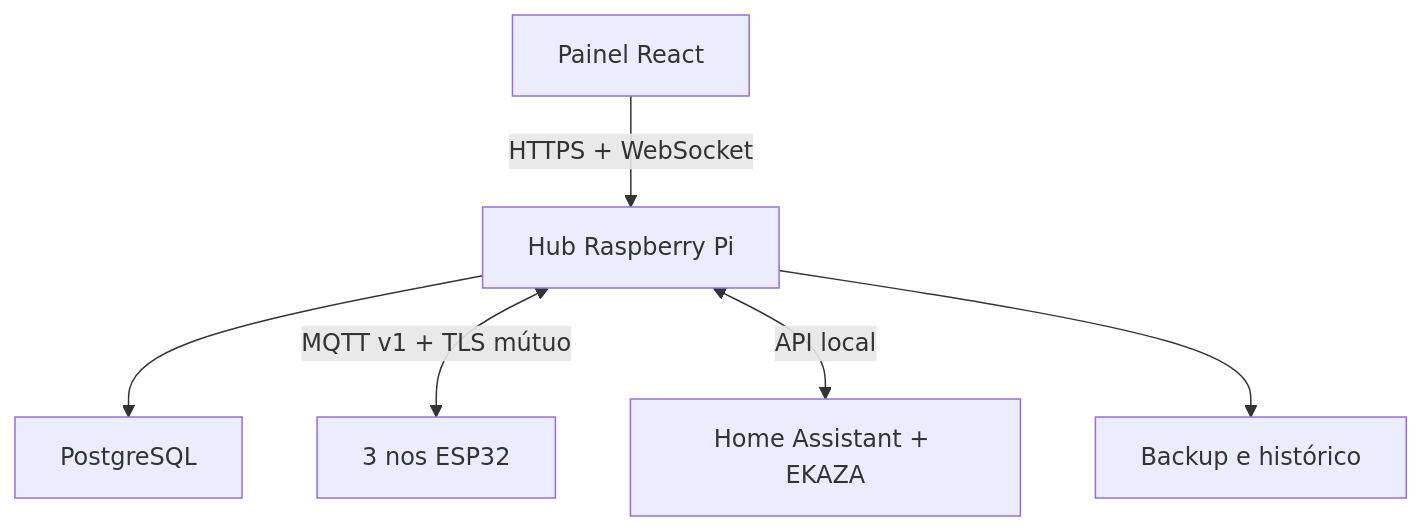
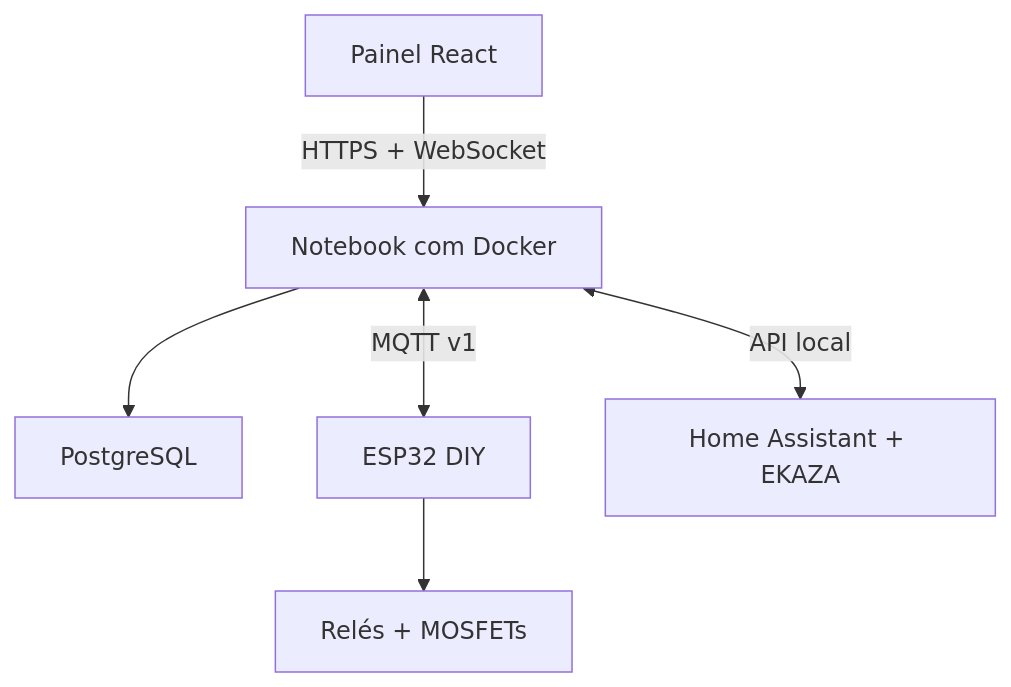
Before and after one commit to berger33/indoor-grow-automation: the diagram in README.md, drawn with Mermaid. The commit also changed other lines of this file and 18 other files, not shown here.

````diff
--- a/README.md
+++ b/README.md
@@ -101,8 +59,8 @@
 ```mermaid
 flowchart TD
-    UI["Painel React"] -->|"HTTPS + WebSocket"| HUB["Hub Raspberry Pi"]
+    UI["Painel React"] -->|"HTTPS + WebSocket"| HUB["Notebook com Docker"]
     HUB --> DB["PostgreSQL"]
-    HUB <-->|"MQTT v1 + TLS mútuo"| ESP["3 nos ESP32"]
+    HUB <-->|"MQTT v1"| ESP["ESP32 DIY"]
+    ESP --> OUT["Relés + MOSFETs"]
     HUB <-->|"API local"| HA["Home Assistant + EKAZA"]
-    HUB --> BK["Backup e histórico"]
 ```
````
